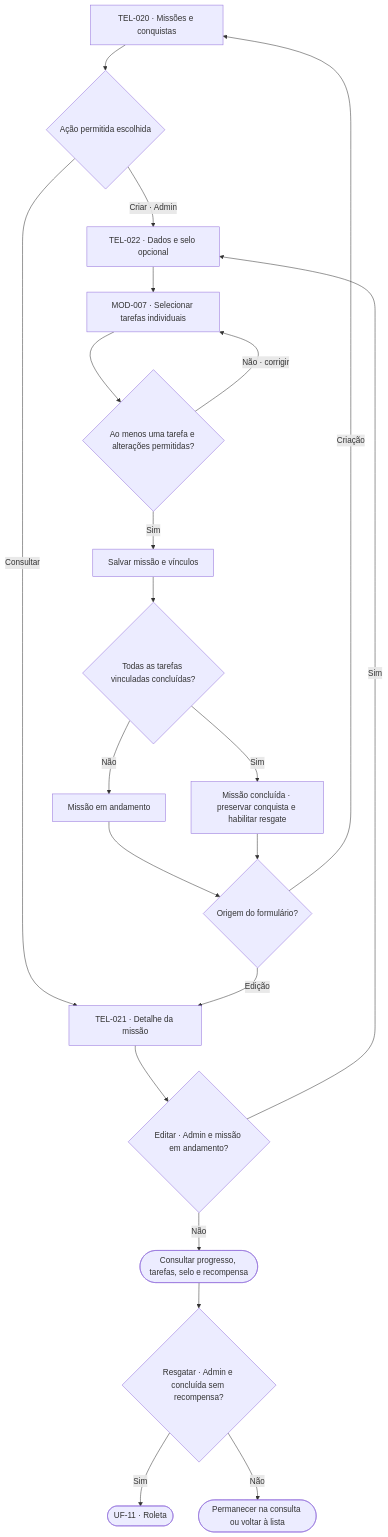
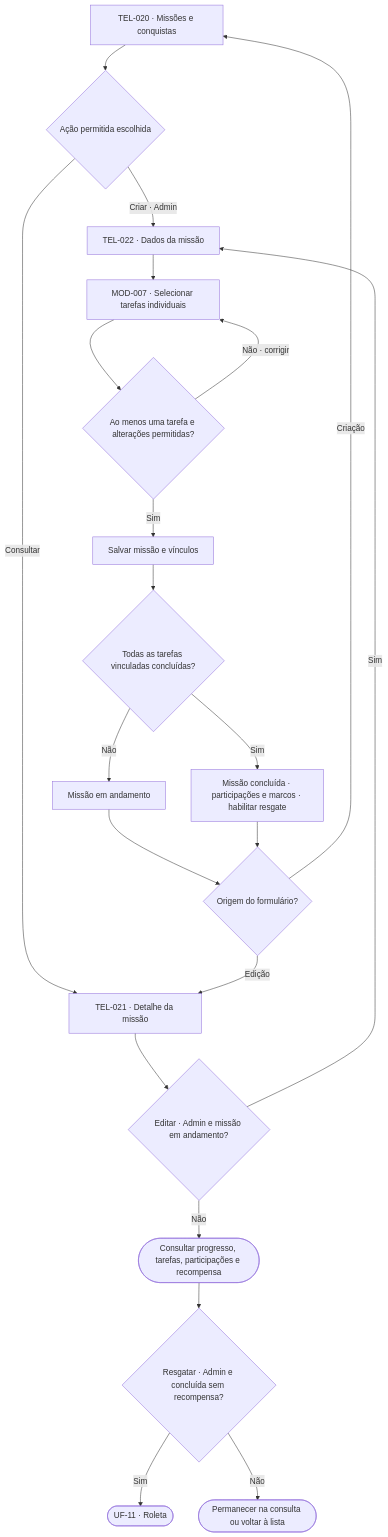
The tenth of 16 diagrams in docs/design/user-flows.md (lizandramalta/App-Rotina-Familiar), drawn with Mermaid before and after one commit. The commit also changed other lines of this file and 25 other files, not shown here.

````diff
--- a/docs/design/user-flows.md
+++ b/docs/design/user-flows.md
@@ -363,23 +370,23 @@
 ```mermaid
 flowchart TD
     A["TEL-020 · Missões e conquistas"] --> B{"Ação permitida escolhida"}
-    B -->|Criar · Admin| C["TEL-022 · Dados e selo opcional"]
+    B -->|Criar · Admin| C["TEL-022 · Dados da missão"]
     B -->|Consultar| D["TEL-021 · Detalhe da missão"]
     D --> E{"Editar · Admin e missão em andamento?"}
     E -->|Sim| C
-    E -->|Não| F(["Consultar progresso, tarefas, selo e recompensa"])
+    E -->|Não| F(["Consultar progresso, tarefas, participações e recompensa"])
     C --> G["MOD-007 · Selecionar tarefas individuais"]
     G --> H{"Ao menos uma tarefa e alterações permitidas?"}
     H -->|Não · corrigir| G
     H -->|Sim| I["Salvar missão e vínculos"]
     I --> J{"Todas as tarefas vinculadas concluídas?"}
     J -->|Não| K["Missão em andamento"]
-    J -->|Sim| L["Missão concluída · preservar conquista e habilitar resgate"]
+    J -->|Sim| L["Missão concluída · participações e marcos · habilitar resgate"]
     K --> R{"Origem do formulário?"}
     L --> R
     R -->|Criação| A
     R -->|Edição| D
     F --> M{"Resgatar · Admin e concluída sem recompensa?"}
     M -->|Sim| N(["UF-11 · Roleta"])
     M -->|Não| O(["Permanecer na consulta ou voltar à lista"])
 ```
````
